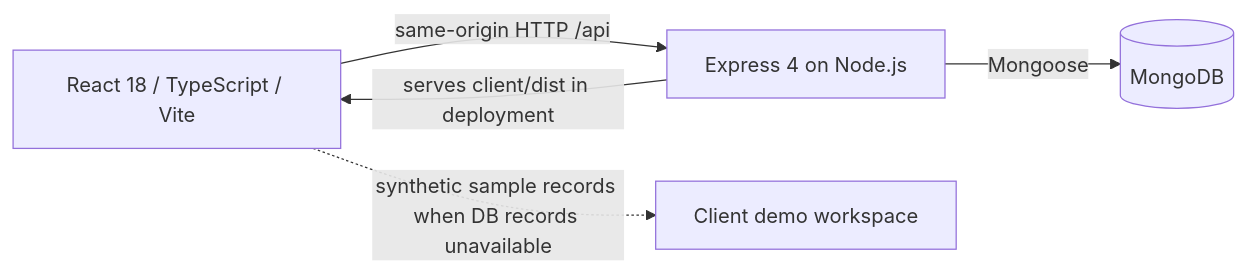
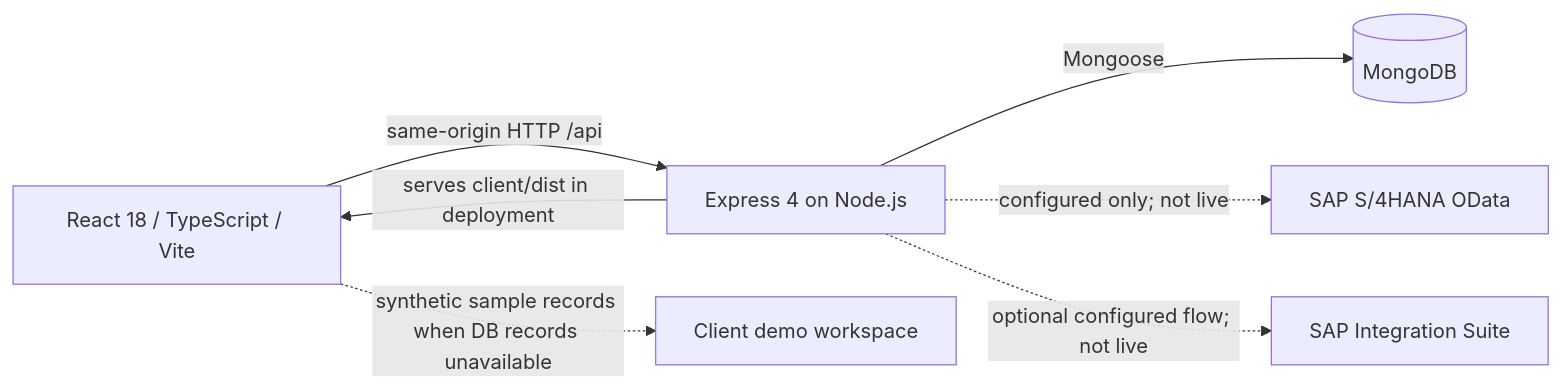
Before and after one commit to Kaveri-A-B/Supply-Shield: the first of 2 diagrams in docs/SAP_INTEGRATION_ARCHITECTURE.md, drawn with Mermaid. The commit also changed other lines of this file and 9 other files, not shown here.

Commit message:
Configure MongoDB and SAP integration

````diff
--- a/docs/SAP_INTEGRATION_ARCHITECTURE.md
+++ b/docs/SAP_INTEGRATION_ARCHITECTURE.md
@@ -7,7 +7,9 @@
 ```mermaid
 flowchart LR
   Browser[React 18 / TypeScript / Vite] -->|same-origin HTTP /api| Express[Express 4 on Node.js]
   Express -->|Mongoose| Mongo[(MongoDB)]
   Express -->|serves client/dist in deployment| Browser
   Browser -. synthetic sample records when DB records unavailable .-> Demo[Client demo workspace]
+  Express -. configured only; not live .-> S4[SAP S/4HANA OData]
+  Express -. optional configured flow; not live .-> Suite[SAP Integration Suite]
 ```
````
